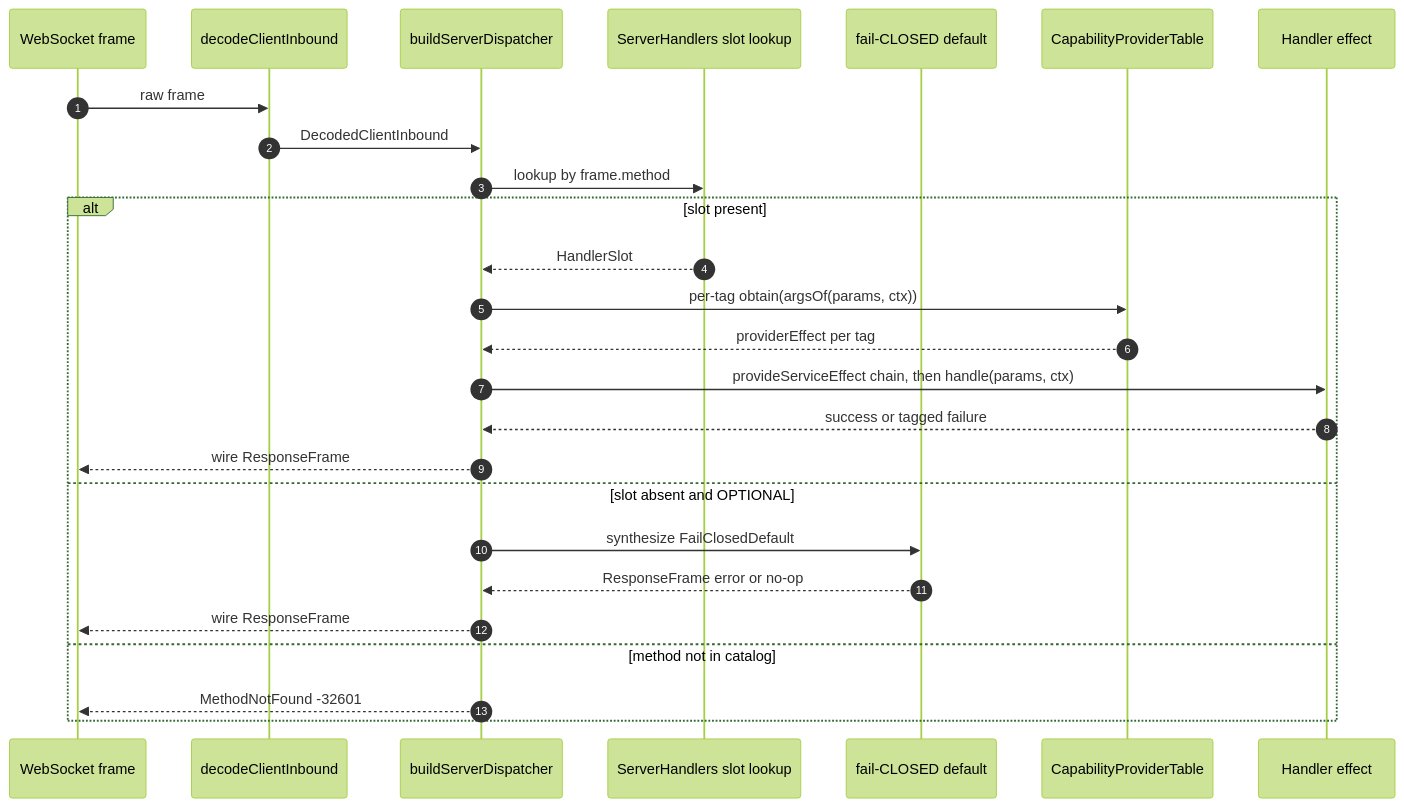
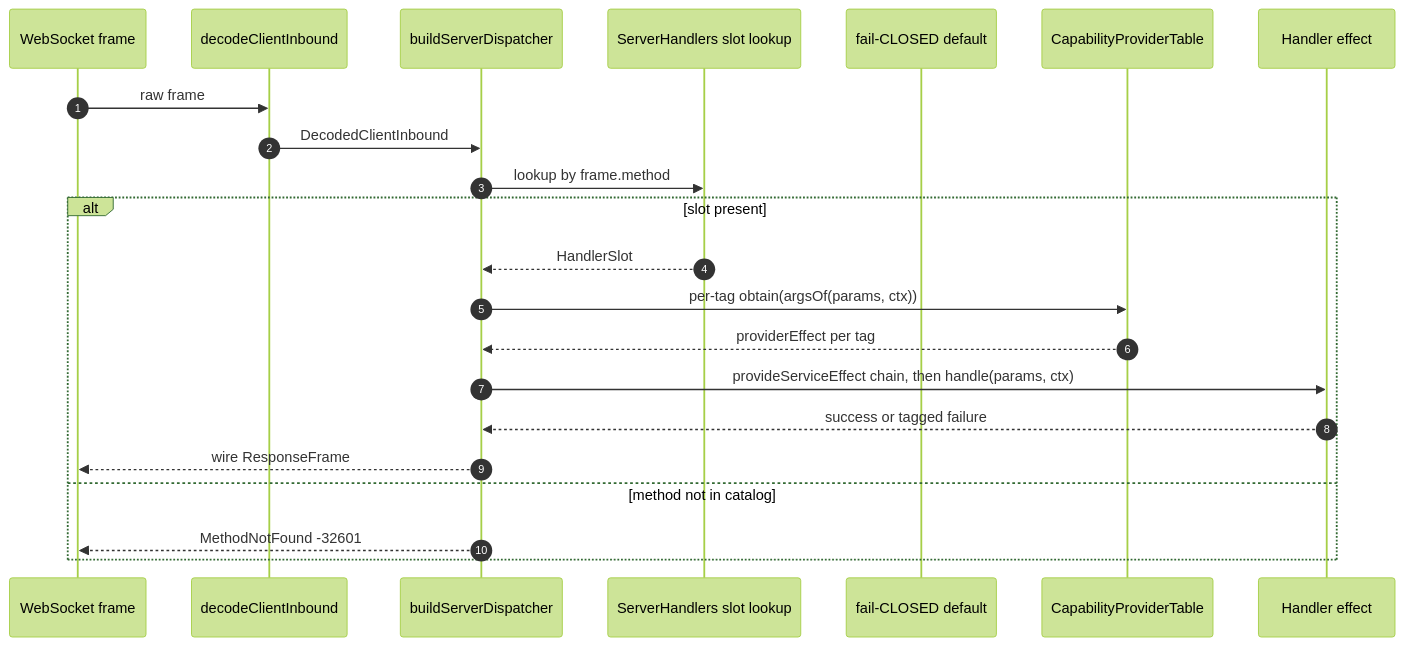
The second of 2 diagrams in packages/server/docs/architecture/request-response-handling.md (chughtapan/moltzap), drawn with Mermaid (forest theme) before and after one commit. The commit also changed other lines of this file and 14 other files, not shown here.

````diff
--- a/packages/server/docs/architecture/request-response-handling.md
+++ b/packages/server/docs/architecture/request-response-handling.md
@@ -84,29 +84,25 @@
 ```mermaid
 sequenceDiagram
   autonumber
   participant Socket as WebSocket frame
   participant Decoder as decodeClientInbound
   participant Dispatch as buildServerDispatcher
   participant Table as ServerHandlers slot lookup
   participant Default as fail-CLOSED default
   participant Provider as CapabilityProviderTable
   participant Handler as Handler effect
 
   Socket->>Decoder: raw frame
   Decoder->>Dispatch: DecodedClientInbound
   Dispatch->>Table: lookup by frame.method
   alt slot present
     Table-->>Dispatch: HandlerSlot
     Dispatch->>Provider: per-tag obtain(argsOf(params, ctx))
     Provider-->>Dispatch: providerEffect per tag
     Dispatch->>Handler: provideServiceEffect chain, then handle(params, ctx)
     Handler-->>Dispatch: success or tagged failure
     Dispatch-->>Socket: wire ResponseFrame
-  else slot absent and OPTIONAL
-    Dispatch->>Default: synthesize FailClosedDefault
-    Default-->>Dispatch: ResponseFrame error or no-op
-    Dispatch-->>Socket: wire ResponseFrame
   else method not in catalog
     Dispatch-->>Socket: MethodNotFound -32601
   end
 ```
````
